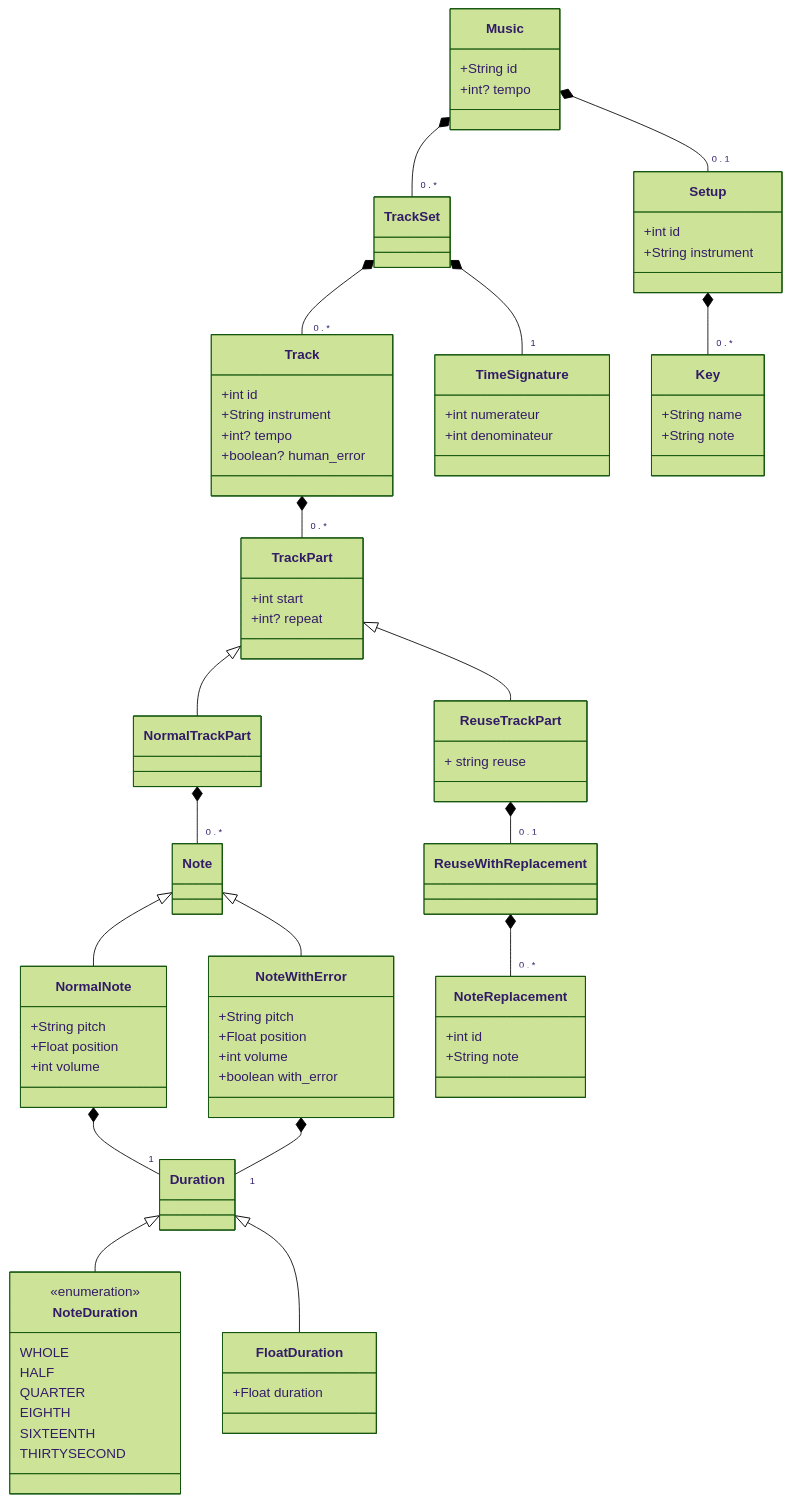
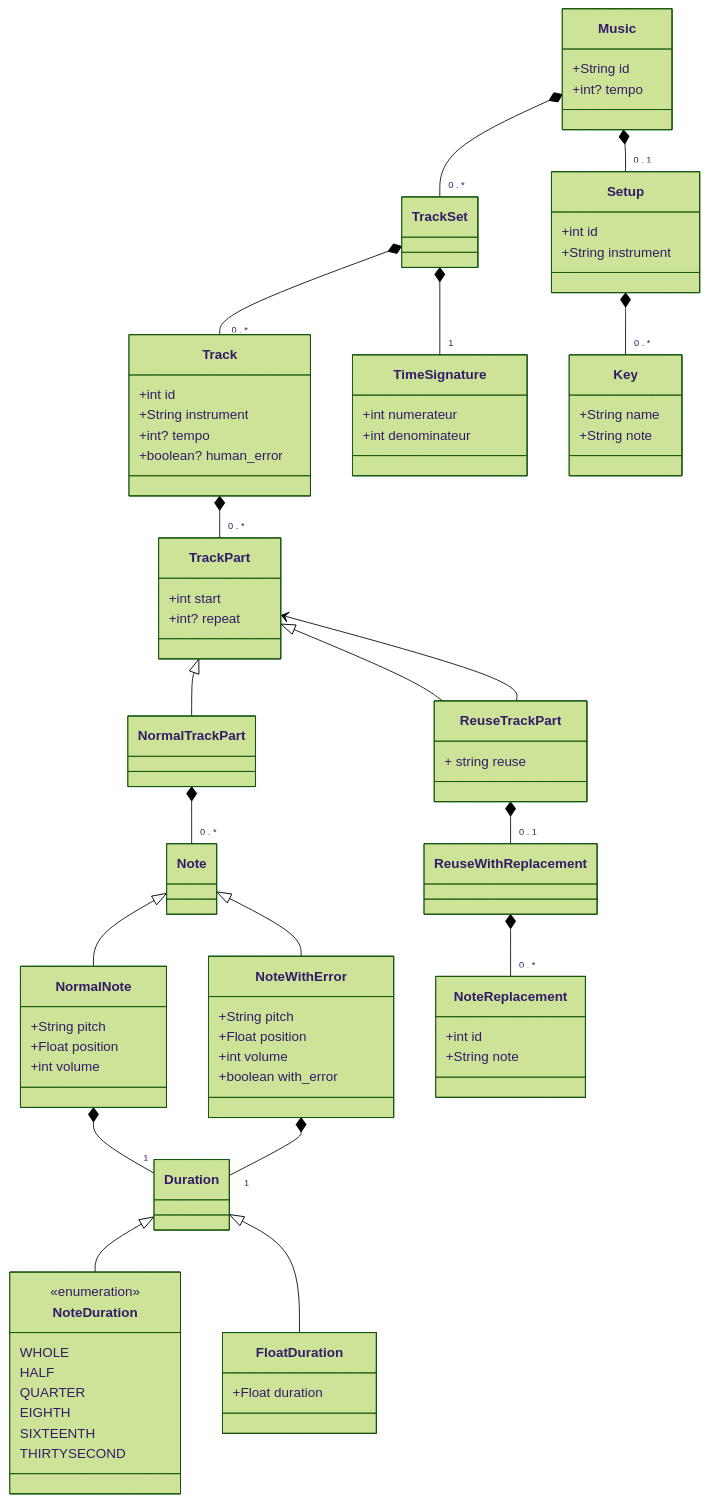
One commit to Jules-Prince/musicae changed the diagram in README.md. Above: the diagram before and after it, drawn with Mermaid (forest theme).

````diff
--- a/README.md
+++ b/README.md
@@ -44,6 +44,7 @@
     ReuseTrackPart *-- "0 . 1" ReuseWithReplacement
     ReuseWithReplacement *-- "0 . *" NoteReplacement
     TrackPart <|-- ReuseTrackPart
+    TrackPart <-- ReuseTrackPart
     TrackPart <|-- NormalTrackPart
     Duration <|-- NoteDuration
     Duration <|-- FloatDuration
@@ -142,4 +143,5 @@
         +Float duration
     }
 
+
 ```
````
